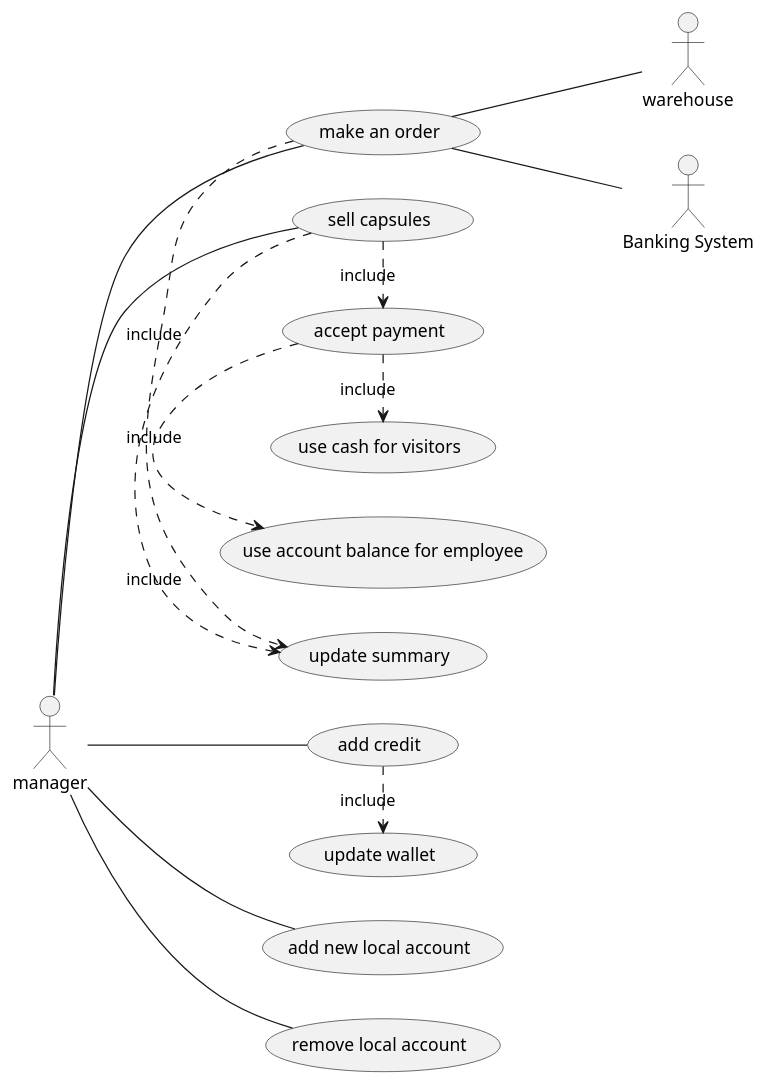
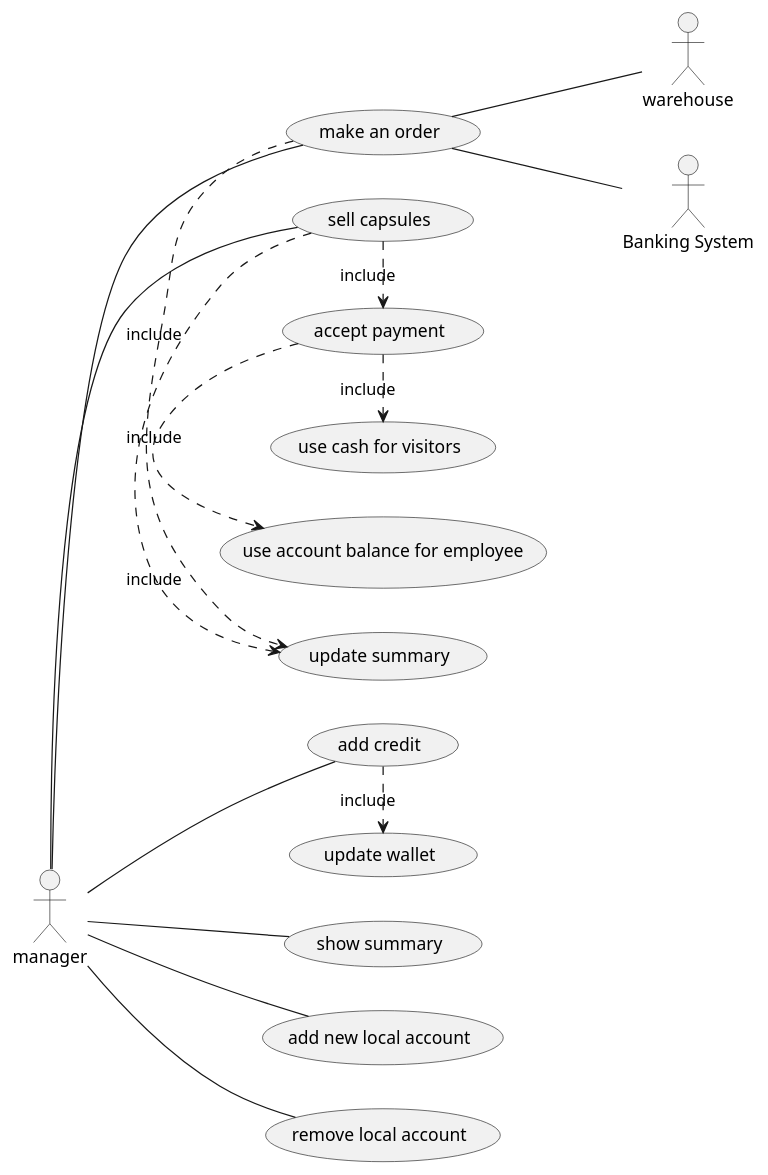
Before and after one commit to DarkSee/LaTazza: the second of 4 diagrams in templates/RequirementsTemplate.md, drawn with PlantUML. The commit also changed other lines of this file, not shown here.

Commit message:
Add "Show summary" in Use Case Diagram, Use Case 6

````diff
--- a/templates/RequirementsTemplate.md
+++ b/templates/RequirementsTemplate.md
@@ -169,24 +169,26 @@
 ```plantuml
 left to right direction
 skinparam packageStyle rectangular
 
 actor warehouse as w
 actor manager as m
 actor "Banking System" as bs
 
 m -- (sell capsules)
 m -- (make an order)
+m -- (show summary)
 m -- (add credit)
 m -- (add new local account)
 m -- (remove local account)
 (make an order) -- bs
 (make an order) -- w
 (make an order) .> (update summary) : include
+
 
 (sell capsules) .> (accept payment): include
 (accept payment) .> (use account balance for employee): include
 (accept payment) .> (use cash for visitors) : include
 (sell capsules) .> (update summary) : include
 (add credit) .> (update wallet) : include
 
 ```
````
